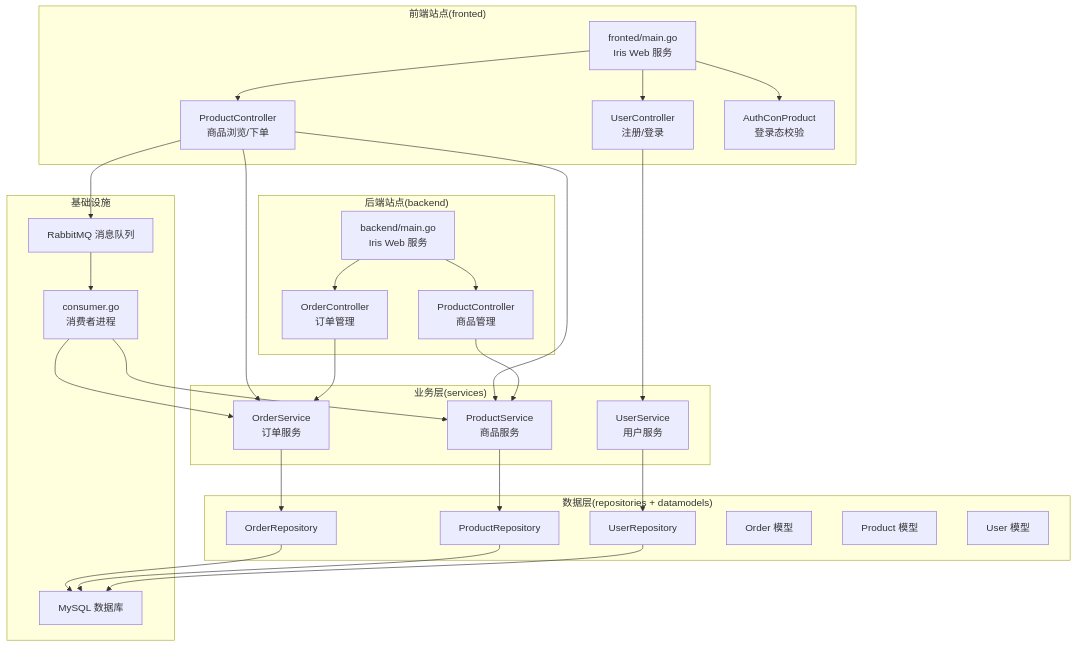
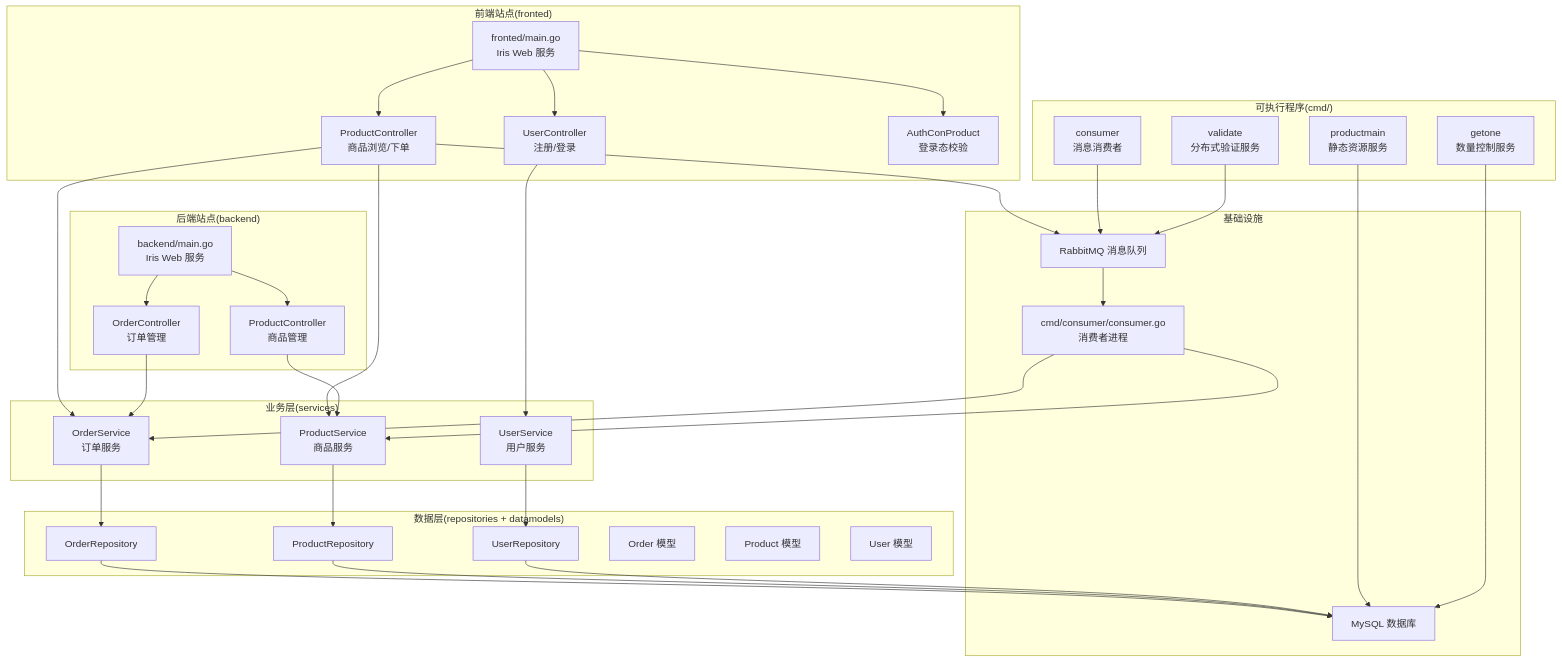
The first of 10 diagrams in .qoder/repowiki/zh/content/项目概述.md (gbtdesign/e-commerce-t), drawn with Mermaid before and after one commit. The commit also changed other lines of this file and 53 other files, not shown here.

````diff
--- a/.qoder/repowiki/zh/content/项目概述.md
+++ b/.qoder/repowiki/zh/content/项目概述.md
@@ -35,52 +49,62 @@
 ```mermaid
 graph TB
 subgraph "前端站点(fronted)"
 FE_Main["fronted/main.go<br/>Iris Web 服务"]
 FE_UserCtrl["UserController<br/>注册/登录"]
 FE_ProductCtrl["ProductController<br/>商品浏览/下单"]
 FE_Middleware["AuthConProduct<br/>登录态校验"]
 end
 subgraph "后端站点(backend)"
 BE_Main["backend/main.go<br/>Iris Web 服务"]
 BE_ProductCtrl["ProductController<br/>商品管理"]
 BE_OrderCtrl["OrderController<br/>订单管理"]
 end
 subgraph "业务层(services)"
 S_Order["OrderService<br/>订单服务"]
 S_Product["ProductService<br/>商品服务"]
 S_User["UserService<br/>用户服务"]
 end
 subgraph "数据层(repositories + datamodels)"
 R_Order["OrderRepository"]
 R_Product["ProductRepository"]
 R_User["UserRepository"]
 DM_Order["Order 模型"]
 DM_Product["Product 模型"]
 DM_User["User 模型"]
 end
 subgraph "基础设施"
 DB["MySQL 数据库"]
 MQ["RabbitMQ 消息队列"]
-Consumer["consumer.go<br/>消费者进程"]
+Consumer["cmd/consumer/consumer.go<br/>消费者进程"]
+end
+subgraph "可执行程序(cmd/)"
+Cmd_Consumer["consumer<br/>消息消费者"]
+Cmd_ProductMain["productmain<br/>静态资源服务"]
+Cmd_GetOne["getone<br/>数量控制服务"]
+Cmd_Validate["validate<br/>分布式验证服务"]
 end
 FE_Main --> FE_UserCtrl
 FE_Main --> FE_ProductCtrl
 FE_Main --> FE_Middleware
 FE_UserCtrl --> S_User
 FE_ProductCtrl --> S_Product
 FE_ProductCtrl --> S_Order
 FE_ProductCtrl --> MQ
 BE_Main --> BE_ProductCtrl
 BE_Main --> BE_OrderCtrl
 BE_ProductCtrl --> S_Product
 BE_OrderCtrl --> S_Order
 S_Order --> R_Order
 S_Product --> R_Product
 S_User --> R_User
 R_Order --> DB
 R_Product --> DB
 R_User --> DB
 MQ --> Consumer
 Consumer --> S_Order
 Consumer --> S_Product
+Cmd_Consumer --> MQ
+Cmd_ProductMain --> DB
+Cmd_GetOne --> DB
+Cmd_Validate --> MQ
 ```
````
